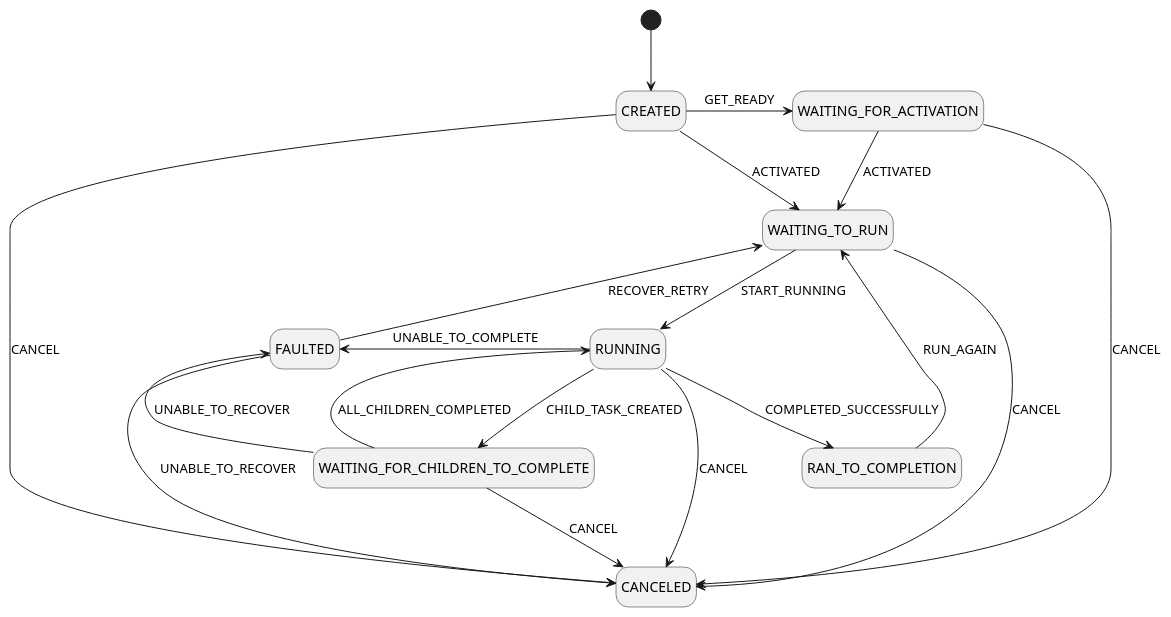
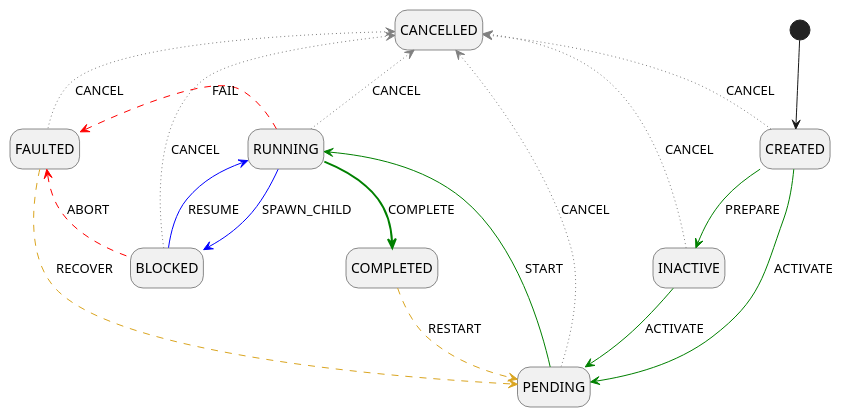
The diagram in GameVariable.Intent/IntentState.puml (IAFahim/GameVariable), drawn with PlantUML before and after one commit. The commit also changed 6 other files, not shown here.

```diff
--- a/GameVariable.Intent/IntentState.puml
+++ b/GameVariable.Intent/IntentState.puml
@@ -1,38 +1,61 @@
 @startuml
 hide empty description
 
+' Initial states
+state CREATED
+state INACTIVE
+state PENDING
+
+' Active states
+state RUNNING
+state BLOCKED
+
+' Terminal states
+state COMPLETED
+state FAULTED
+state CANCELLED
+
+
+' === Happy Path (green) ===
+[*] -down-> CREATED
+CREATED -[#green]-> INACTIVE : PREPARE
+CREATED -[#green]-> PENDING : ACTIVATE
+INACTIVE -[#green]-> PENDING : ACTIVATE
+PENDING -[#green]-> RUNNING : START
+RUNNING -[#green,bold]-> COMPLETED : COMPLETE
+
+' === Child Process Flow (blue) ===
+RUNNING -[#blue]-> BLOCKED : SPAWN_CHILD
+BLOCKED -[#blue]-> RUNNING : RESUME
+
+' === Recovery Flow (goldenrod) ===
+COMPLETED -[#goldenrod,dashed]-> PENDING : RESTART
+FAULTED -[#goldenrod,dashed]-> PENDING : RECOVER
+
+' === Error Flow (red) ===
+RUNNING -left[#red,dashed]-> FAULTED : FAIL
+BLOCKED -left[#red,dashed]-> FAULTED : ABORT
+
+' === Cancellation Flow (gray) ===
+CREATED -left[#gray,dotted]-> CANCELLED : CANCEL
+INACTIVE -left[#gray,dotted]-> CANCELLED : CANCEL
+PENDING -left[#gray,dotted]-> CANCELLED : CANCEL
+RUNNING -[#gray,dotted]-> CANCELLED : CANCEL
+BLOCKED -[#gray,dotted]-> CANCELLED : CANCEL
+FAULTED -left[#gray,dotted]-> CANCELLED : CANCEL
+
 /'! $CONFIG : toml
 SmRunnerSettings.transpilerId = "CSharp"
+
+[RenderConfig.CSharp]
+NameSpace = "GameVariable.Intent;"
+Usings = """
+    """
+ClassCode = """
+    """
+BaseList = "IIntent<IntentState.StateId, IntentState.EventId>"
+UseNullable = false
+UsePartialClass = true
 '/
 
-' 1. The Happy Path
-[*] --> CREATED
-CREATED --> WAITING_TO_RUN : ACTIVATED
-WAITING_TO_RUN --> RUNNING : START_RUNNING
-RUNNING --> RAN_TO_COMPLETION : COMPLETED_SUCCESSFULLY
-
-' 2. Loops and Retries
-RAN_TO_COMPLETION -up-> WAITING_TO_RUN : RUN_AGAIN
-FAULTED -up-> WAITING_TO_RUN : RECOVER_RETRY
-
-' 3. Side Processes
-CREATED -right-> WAITING_FOR_ACTIVATION : GET_READY
-WAITING_FOR_ACTIVATION --> WAITING_TO_RUN : ACTIVATED
-
-RUNNING -right-> WAITING_FOR_CHILDREN_TO_COMPLETE : CHILD_TASK_CREATED
-WAITING_FOR_CHILDREN_TO_COMPLETE -left-> RUNNING : ALL_CHILDREN_COMPLETED
-
-' 4. Error Handling
-RUNNING -left-> FAULTED : UNABLE_TO_COMPLETE
-WAITING_FOR_CHILDREN_TO_COMPLETE --> FAULTED : UNABLE_TO_RECOVER
-
-' 5. Cancellation (The Sink)
-
-CREATED --> CANCELED : CANCEL
-WAITING_FOR_ACTIVATION --> CANCELED : CANCEL
-WAITING_TO_RUN --> CANCELED : CANCEL
-RUNNING --> CANCELED : CANCEL
-WAITING_FOR_CHILDREN_TO_COMPLETE --> CANCELED : CANCEL
-FAULTED --> CANCELED : UNABLE_TO_RECOVER
-
 @enduml
```
